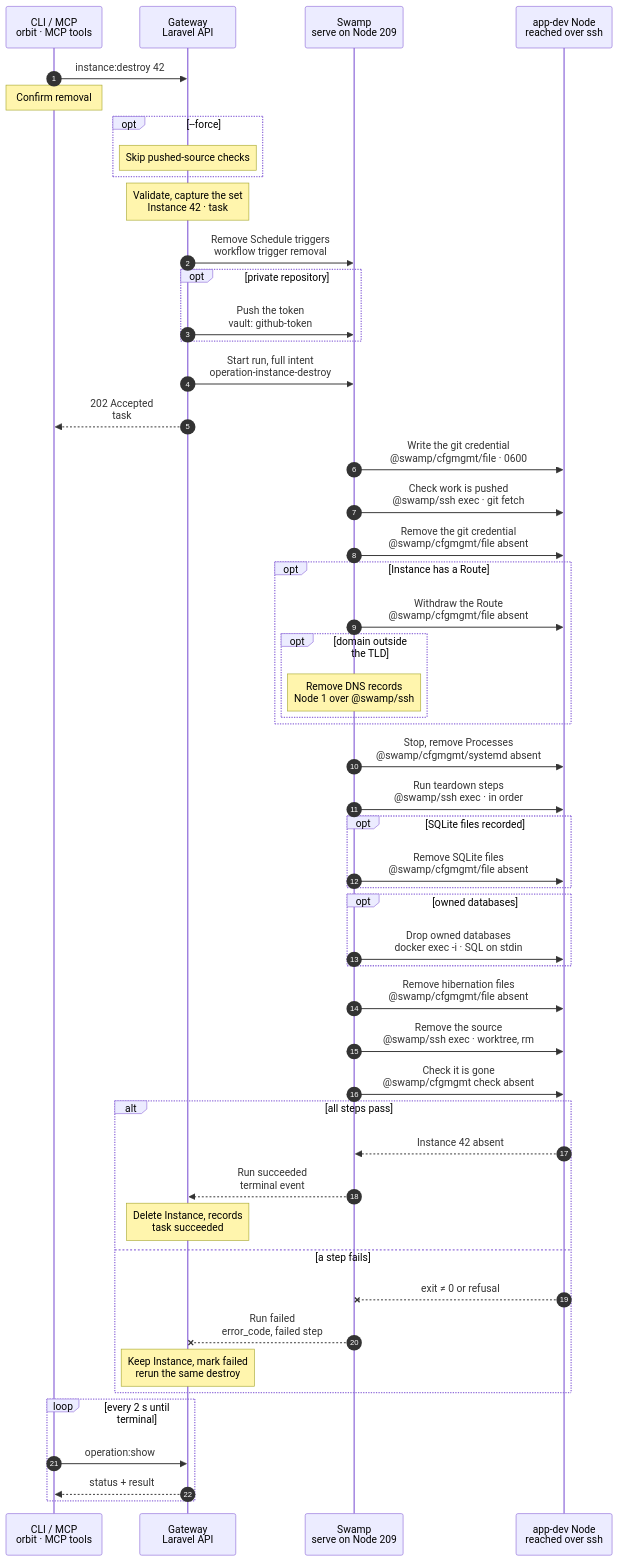
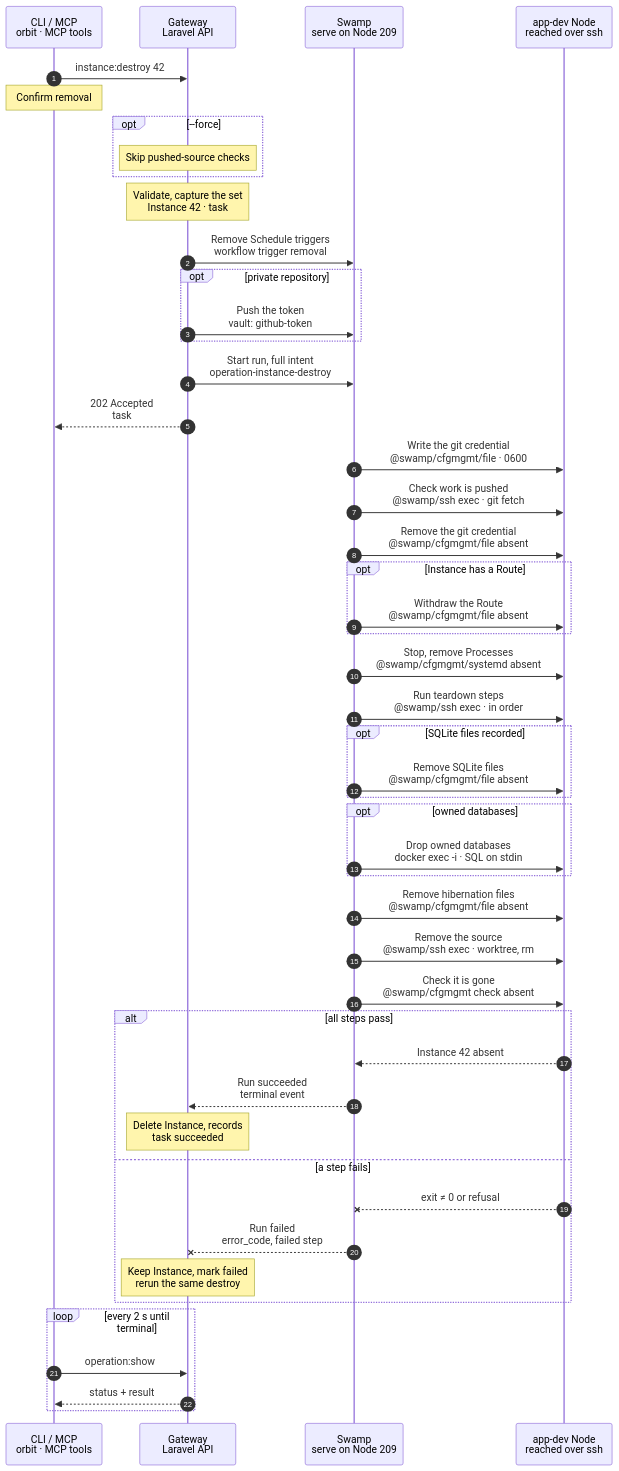
The diagram in docs/cli/instance/destroy.mmd (hardimpactdev/orbit), drawn with Mermaid before and after one commit. The commit also changed 4 other files, not shown here.

First line of the commit message:
instance.destroy: apply each published state once (#3019)

```diff
--- a/docs/cli/instance/destroy.mmd
+++ b/docs/cli/instance/destroy.mmd
@@ -3,6 +3,7 @@
   %% Tightened: flow-tighten 2026-11-02, rules 3, 8, 14, 17, 22 (Route first, DNS only outside the TLD, cfgmgmt absent applies, no script read, source capture, report or assert step).
   %% Decided: Nick 2026-11-02, the Route is withdrawn first, before teardown; a failed teardown leaves the site down and a rerun completes.
   %% Decided by the orchestrator, for Nick's review (2026-11-06): an Instance without a Route skips the Route withdrawal and the DNS records (a bare destroy spent 33 s and 11 s there on nothing), and a destroyed name waits no DNS grace (it has no new target to move to; the 31 s wait was 27% of a 116 s destroy).
+  %% Decided by the orchestrator, for Nick's review (2026-11-06): a destroy applies each published state once. Without the grace, the prepared, withdrawn and live Caddyfiles and the prepared and final DNS records are identical, so the Route mutation publishes each once (two of three Caddy publications and two of three DNS publications were repeats); the separate DNS step of the Instance, which repeated the mutation, is gone.
   %% status: draft
   %% command: instance:destroy
   %% kind: instance.destroy
@@ -102,6 +103,7 @@
   %%> What it does:
   %%> - removes the Caddy site of Instance 42, its PHP pool and its certificate, then reloads Caddy; no restart
   %%> - one step, the mirror of `route:create`, which installs the certificate and publishes the site in one step
+  %%> - for a Route domain outside the Cluster or Node TLD it also removes the private DNS records on Node 1 (private DNS answers the whole TLD, so a domain inside it has none), in this step and not in a step of its own
   %%> If it does not hold:
   %%> - every later step is skipped and the task fails with `route.withdrawal_failed`; the Instance and its source stay
   %%> How:
@@ -113,15 +115,6 @@
   %%> - the name is removed, not moved, so no client has a new target to switch to; the Route is withdrawn right after its DNS records go
   %%> Keeps:
   %%> - every other site, pool and certificate on Node 12
-  opt domain outside the TLD
-    Note over SW: Remove DNS records<br/>Node 1 over @swamp/ssh
-    %%> When:
-    %%> - only for a Route domain outside the Cluster or Node TLD; private DNS answers the whole TLD, so a domain inside it has no record
-    %%> What it does:
-    %%> - removes the private DNS records of Instance 42's Routes; an Instance destroy does not wait the 31-second grace
-    %%> How:
-    %%> - over SSH from 209 to the VPN Node (Node 1), with the `swamp` role's key
-  end
   end
   SW->>N: Stop, remove Processes<br/>@swamp/cfgmgmt/systemd absent
   %%> What it does:
```
